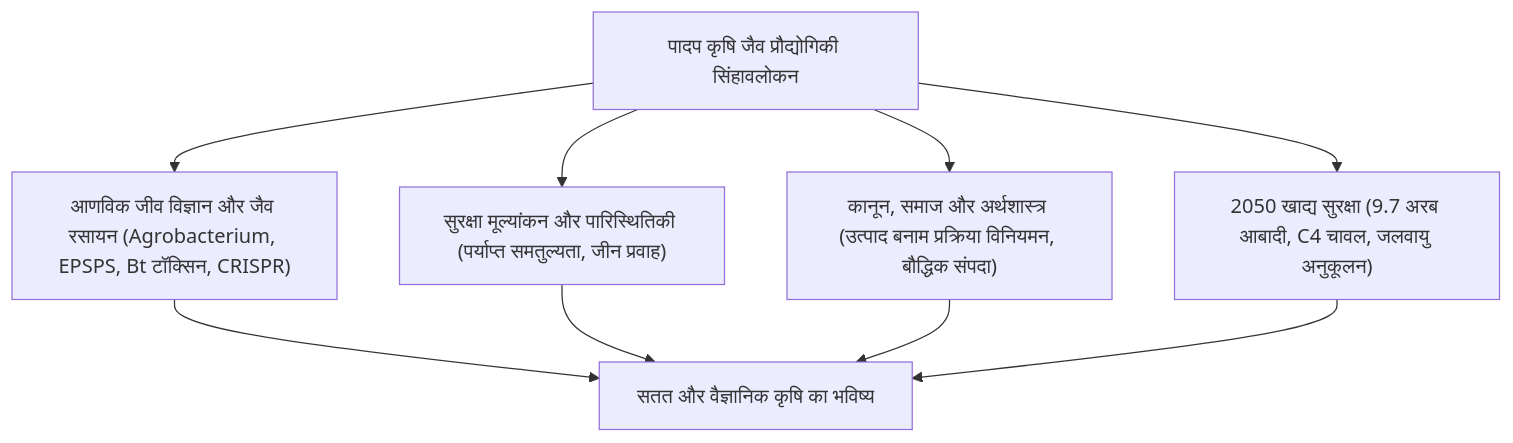
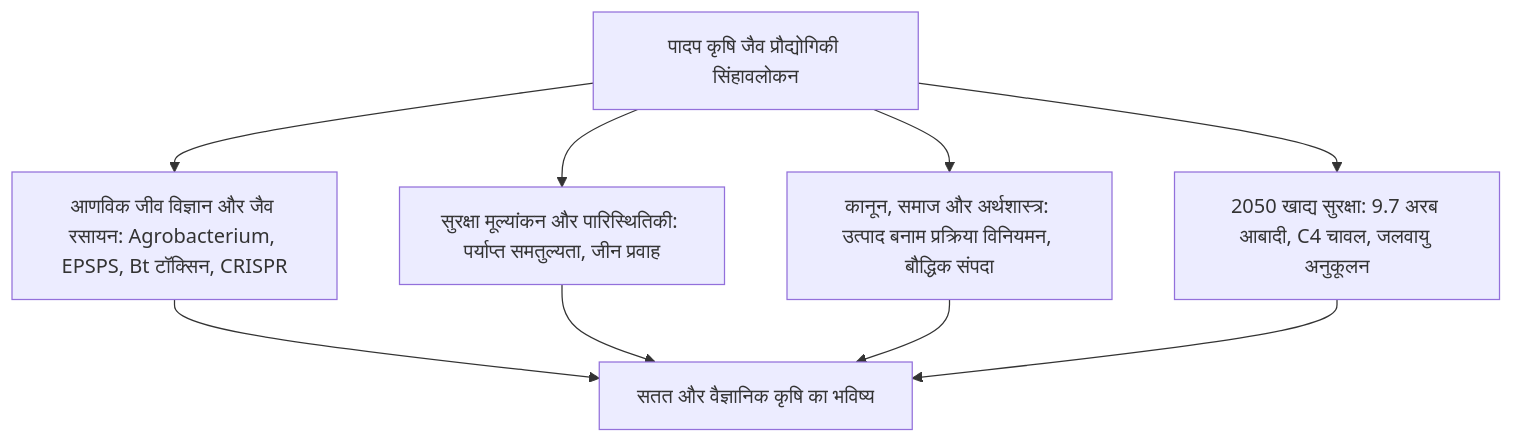
The first of 3 diagrams in content/post/genetically-modified-crops-biotechnology-agriculture-safety-future/index.hi.md (kenjinote/blog), drawn with Mermaid before and after one commit. The commit also changed other lines of this file and 11 other files, not shown here.

````diff
--- a/content/post/genetically-modified-crops-biotechnology-agriculture-safety-future/index.hi.md
+++ b/content/post/genetically-modified-crops-biotechnology-agriculture-safety-future/index.hi.md
@@ -17,9 +22,10 @@
 ```mermaid
 flowchart TD
     BIO["पादप कृषि जैव प्रौद्योगिकी सिंहावलोकन"]
-    BIO --> M1["आणविक जीव विज्ञान और जैव रसायन (Agrobacterium, EPSPS, Bt टॉक्सिन, CRISPR)"]
-    BIO --> M2["सुरक्षा मूल्यांकन और पारिस्थितिकी (पर्याप्त समतुल्यता, जीन प्रवाह)"]
-    BIO --> M3["कानून, समाज और अर्थशास्त्र (उत्पाद बनाम प्रक्रिया विनियमन, बौद्धिक संपदा)"]
-    BIO --> M4["2050 खाद्य सुरक्षा (9.7 अरब आबादी, C4 चावल, जलवायु अनुकूलन)"]
+    BIO --> M1["आणविक जीव विज्ञान और जैव रसायन: Agrobacterium, EPSPS, Bt टॉक्सिन, CRISPR"]
+    BIO --> M2["सुरक्षा मूल्यांकन और पारिस्थितिकी: पर्याप्त समतुल्यता, जीन प्रवाह"]
+    BIO --> M3["कानून, समाज और अर्थशास्त्र: उत्पाद बनाम प्रक्रिया विनियमन, बौद्धिक संपदा"]
+    BIO --> M4["2050 खाद्य सुरक्षा: 9.7 अरब आबादी, C4 चावल, जलवायु अनुकूलन"]
+    
     M1 & M2 & M3 & M4 --> TOTAL["सतत और वैज्ञानिक कृषि का भविष्य"]
 ```
````
